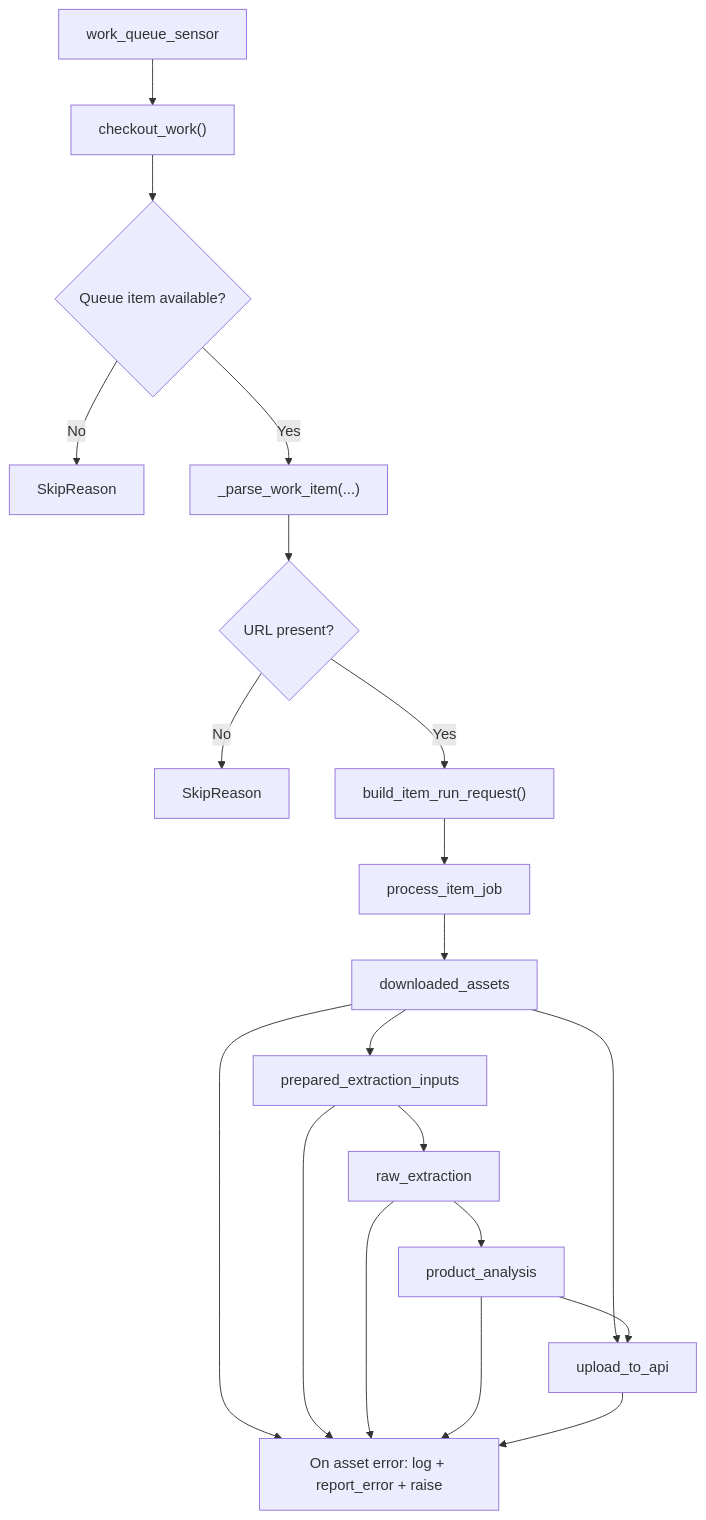
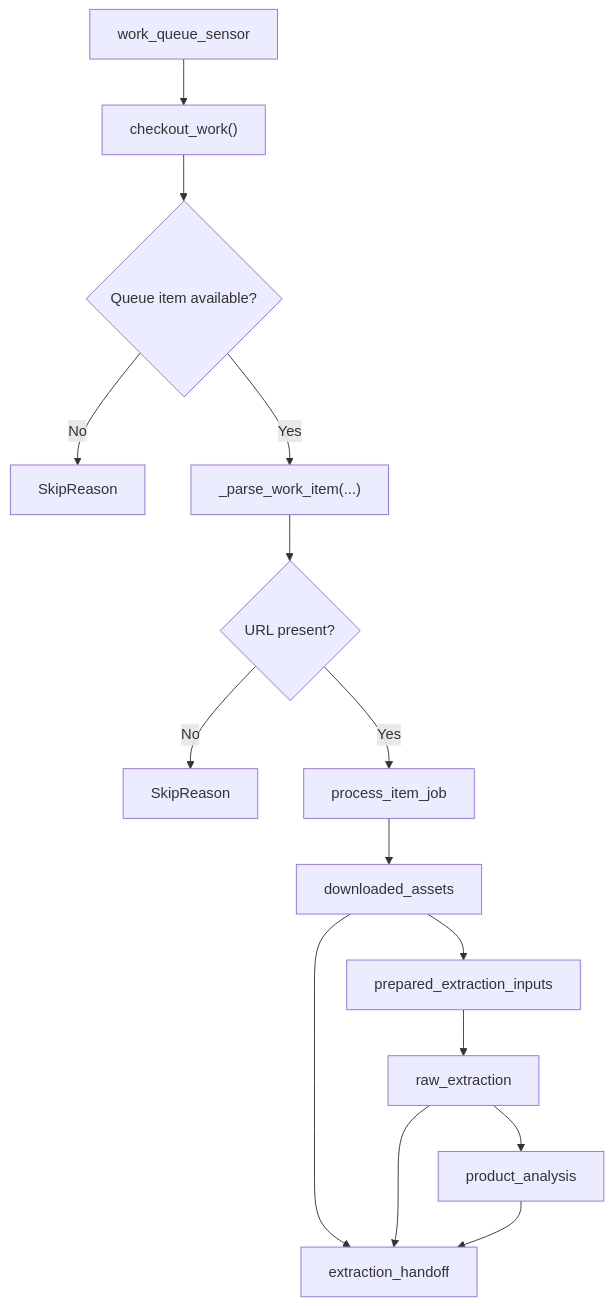
Before and after one commit to rflemerson/baboom: the diagram in services/agents/docs/pipeline.md, drawn with Mermaid. The commit also changed other lines of this file and 14 other files, not shown here.

First line of the commit message:
Refactor structured extraction tests to use ExtractedProduct schema

````diff
--- a/services/agents/docs/pipeline.md
+++ b/services/agents/docs/pipeline.md
@@ -56,24 +37,18 @@
 ```mermaid
 flowchart TD
     A["work_queue_sensor"] --> B["checkout_work()"]
     B --> C{"Queue item available?"}
     C -- "No" --> C1["SkipReason"]
     C -- "Yes" --> D["_parse_work_item(...)"]
     D --> E{"URL present?"}
     E -- "No" --> E1["SkipReason"]
-    E -- "Yes" --> F["build_item_run_request()"]
-    F --> G["process_item_job"]
+    E -- "Yes" --> F["process_item_job"]
 
-    G --> H["downloaded_assets"]
-    H --> J["prepared_extraction_inputs"]
-    J --> K["raw_extraction"]
-    K --> L["product_analysis"]
-    H --> M["upload_to_api"]
-    L --> M
-
-    H --> X["On asset error: log + report_error + raise"]
-    J --> X
-    K --> X
-    L --> X
-    M --> X
+    F --> G["downloaded_assets"]
+    G --> H["prepared_extraction_inputs"]
+    H --> I["raw_extraction"]
+    I --> J["product_analysis"]
+    G --> K["extraction_handoff"]
+    I --> K
+    J --> K
 ```
````
